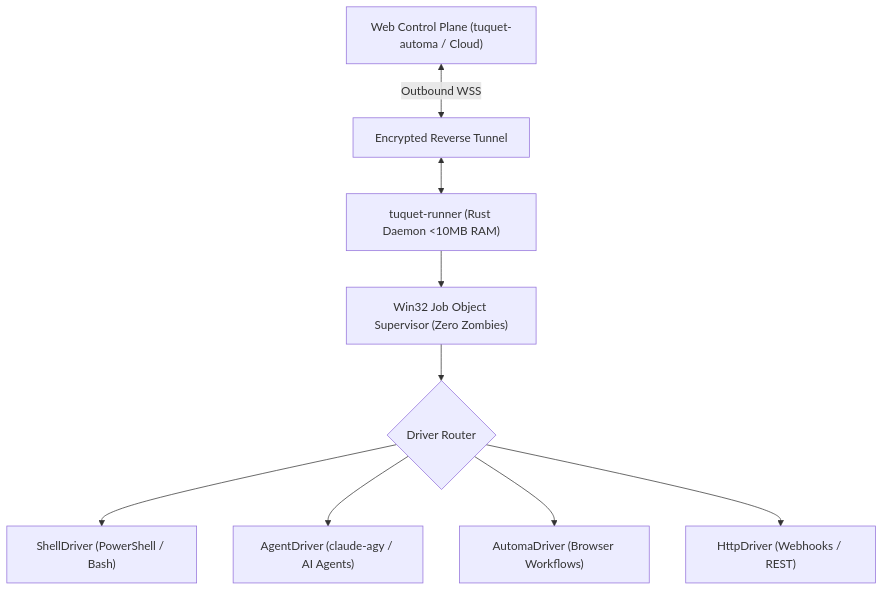
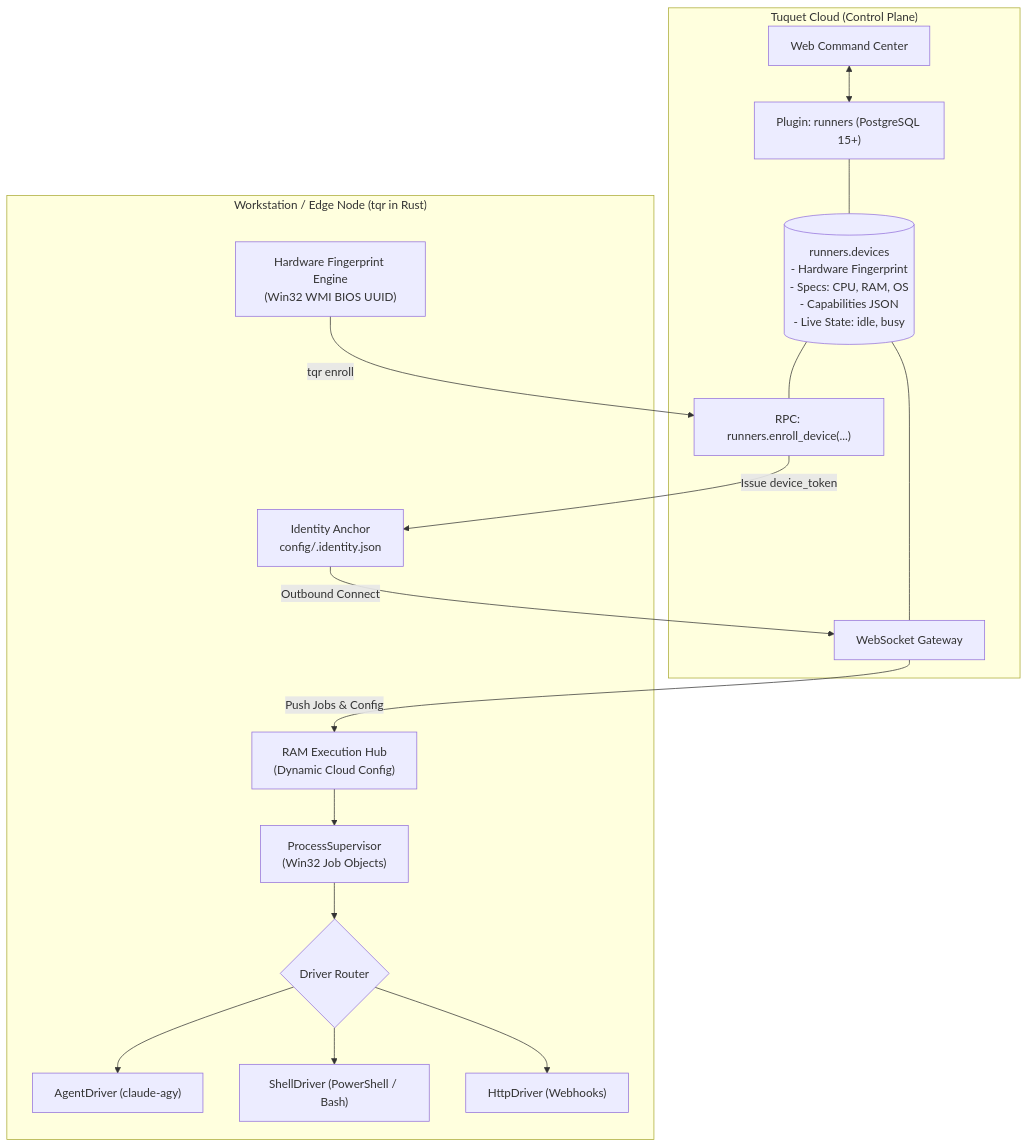
One commit to tuquet/runner changed the diagram in README.md. Above: the diagram before and after it, drawn with Mermaid. The commit also changed other lines of this file, not shown here.

Commit message:
docs: update README with tqr 3-letter command, zero-touch enrollment, and architecture

````diff
--- a/README.md
+++ b/README.md
@@ -15,11 +16,33 @@
 ```mermaid
 flowchart TD
-    Web["Web Control Plane (tuquet-automa / Cloud)"] <-->|Outbound WSS| Tunnel["Encrypted Reverse Tunnel"]
-    Tunnel <--> Runner["tuquet-runner (Rust Daemon <10MB RAM)"]
-    Runner --> Supervisor["Win32 Job Object Supervisor (Zero Zombies)"]
-    Supervisor --> Drivers{"Driver Router"}
-    Drivers --> Shell["ShellDriver (PowerShell / Bash)"]
-    Drivers --> Agent["AgentDriver (claude-agy / AI Agents)"]
-    Drivers --> Automa["AutomaDriver (Browser Workflows)"]
-    Drivers --> Http["HttpDriver (Webhooks / REST)"]
+    subgraph Cloud["Tuquet Cloud (Control Plane)"]
+        Dashboard["Web Command Center"]
+        PluginRunners["Plugin: runners (PostgreSQL 15+)"]
+        TableDevices[("runners.devices<br/>- Hardware Fingerprint<br/>- Specs: CPU, RAM, OS<br/>- Capabilities JSON<br/>- Live State: idle, busy")]
+        RpcEnroll["RPC: runners.enroll_device(...)"]
+        WSGateway["WebSocket Gateway"]
+        
+        Dashboard <--> PluginRunners
+        PluginRunners --- TableDevices
+        TableDevices --- RpcEnroll
+        TableDevices --- WSGateway
+    end
+
+    subgraph Node["Workstation / Edge Node (tqr in Rust)"]
+        FP["Hardware Fingerprint Engine<br/>(Win32 WMI BIOS UUID)"]
+        Identity["Identity Anchor<br/>config/.identity.json"]
+        RAM["RAM Execution Hub<br/>(Dynamic Cloud Config)"]
+        Supervisor["ProcessSupervisor<br/>(Win32 Job Objects)"]
+        Drivers{"Driver Router"}
+        
+        FP -->|tqr enroll| RpcEnroll
+        RpcEnroll -->|Issue device_token| Identity
+        Identity -->|Outbound Connect| WSGateway
+        WSGateway -->|Push Jobs & Config| RAM
+        RAM --> Supervisor
+        Supervisor --> Drivers
+        Drivers --> Agent["AgentDriver (claude-agy)"]
+        Drivers --> Shell["ShellDriver (PowerShell / Bash)"]
+        Drivers --> Http["HttpDriver (Webhooks)"]
+    end
 ```
````
